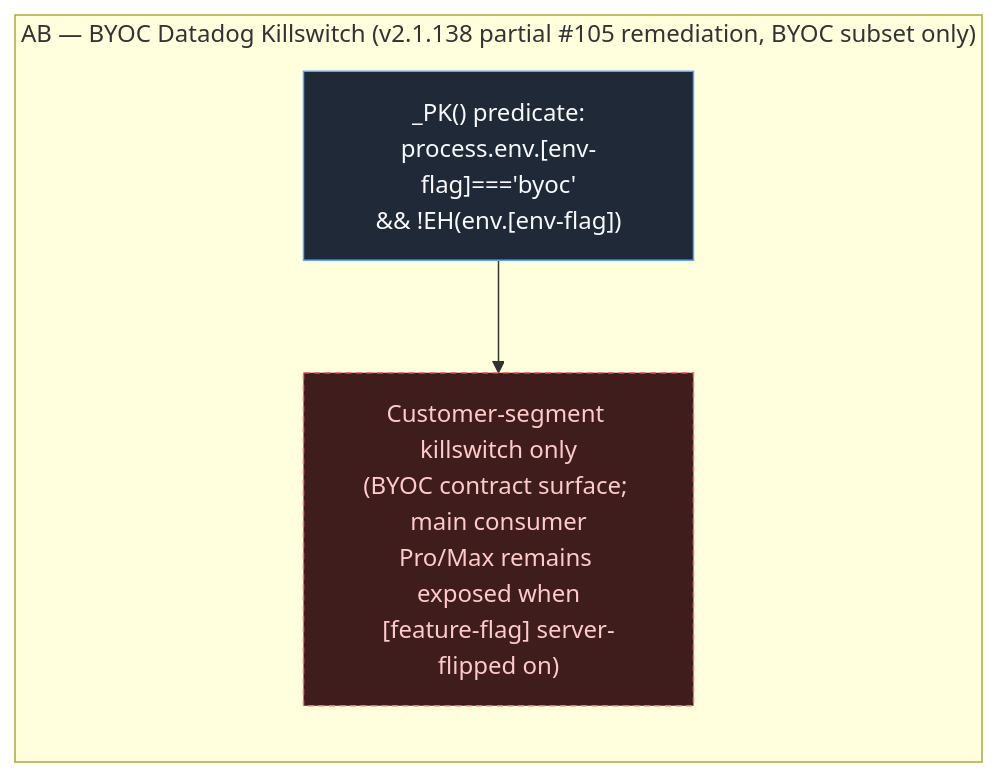
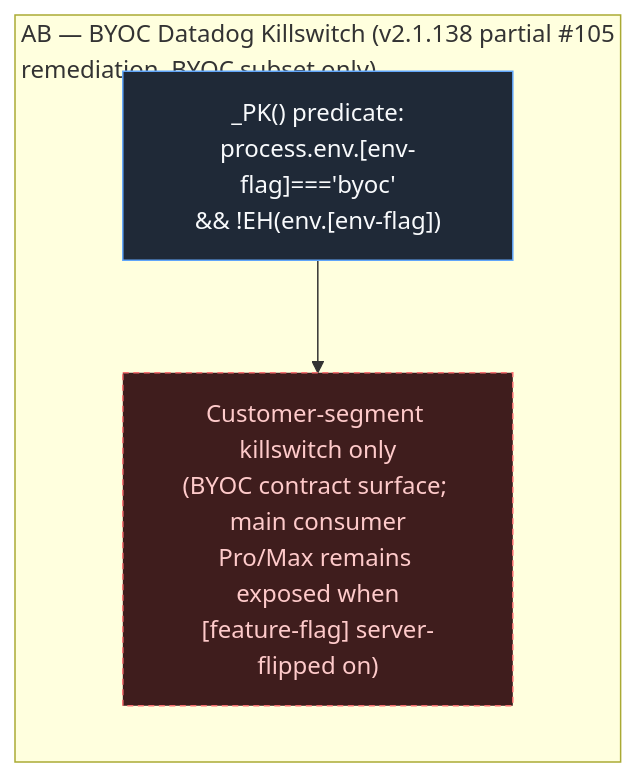
Before and after one commit to pjt222/claude-buddy-investigation: the diagram in docs/flow/BYOC_DD.mmd, drawn with Mermaid. The commit also changed 73 other files, not shown here.

First line of the commit message:
flow: make the cluster diagrams readable at page width

```diff
--- a/docs/flow/BYOC_DD.mmd
+++ b/docs/flow/BYOC_DD.mmd
@@ -1,16 +1,16 @@
 flowchart LR
     %% BYOC_DD — AB — BYOC Datadog Killswitch (v2.1.138 partial #105 remediation, BYOC subset only)
-    subgraph BYOC_DD["AB — BYOC Datadog Killswitch (v2.1.138 partial #105 remediation, BYOC subset only)"]
+    subgraph BYOC_DD["AB — BYOC Datadog Killswitch (v2.1.138 partial #105<br/>remediation, BYOC subset only)"]
         direction TB
         byoc_predicate["_PK() predicate:<br/>process.env.[env-flag]==='byoc'<br/>&& !EH(env.[env-flag])"]:::core
         byoc_scope["Customer-segment killswitch only<br/>(BYOC contract surface; main consumer<br/>Pro/Max remains exposed when<br/>[feature-flag] server-flipped on)"]:::gap
     end
 
     byoc_predicate --> byoc_scope
 
     classDef core fill:#1f2937,stroke:#60a5fa,color:#f8fafc,stroke-width:1px
     classDef gap fill:#3f1d1d,stroke:#f87171,color:#fecaca,stroke-dasharray: 4 3,stroke-width:1px
     classDef removed fill:#1a1a1a,stroke:#6b7280,color:#9ca3af,stroke-dasharray: 2,stroke-width:1px
     classDef ours fill:#1e293b,stroke:#a78bfa,color:#e9d5ff,stroke-width:1px
     classDef baseline fill:#1f2937,stroke:#34d399,color:#d1fae5,stroke-width:1px
     classDef risk fill:#3f1d1d,stroke:#fb7185,color:#fecdd3,stroke-width:2px
```
